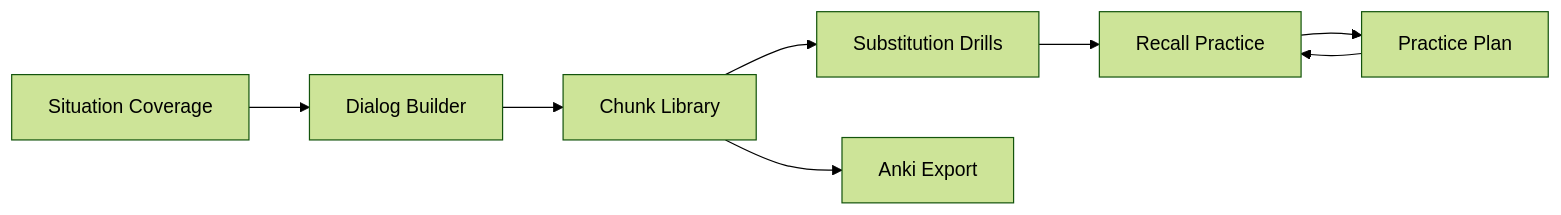
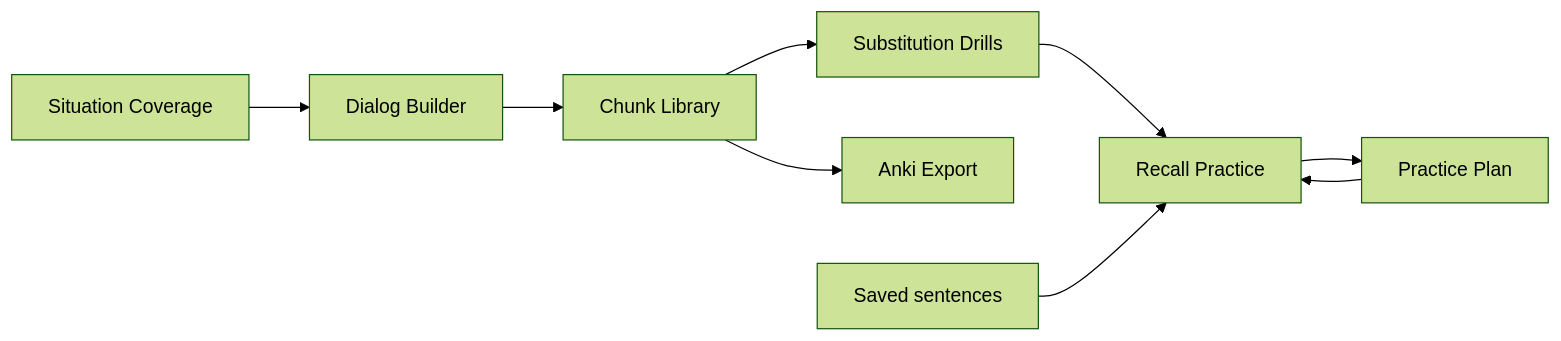
One commit to KeiosStarqua/opensen changed the diagram in docs/features.md. Above: the diagram before and after it, drawn with Mermaid (forest theme). The commit also changed other lines of this file and 13 other files, not shown here.

First line of the commit message:
feat(backend): store heard sentences per signed-in learner

````diff
--- a/docs/features.md
+++ b/docs/features.md
@@ -82,10 +91,11 @@
 ```mermaid
 flowchart LR
   Situation[Situation Coverage] --> Dialog[Dialog Builder]
   Dialog --> Chunks[Chunk Library]
   Chunks --> Drills[Substitution Drills]
   Drills --> Recall[Recall Practice]
   Recall --> Plan[Practice Plan]
   Plan --> Recall
   Chunks --> Anki[Anki Export]
+  Heard[Saved sentences] --> Recall
 ```
````
